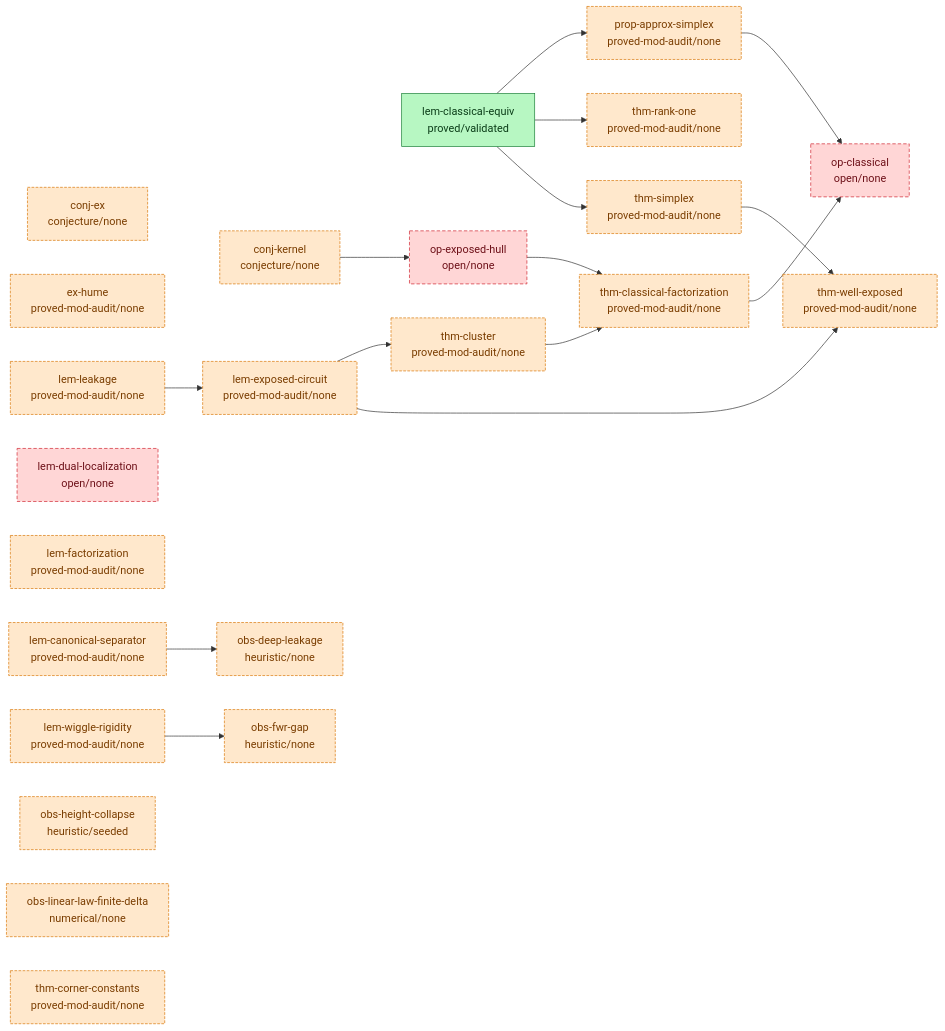
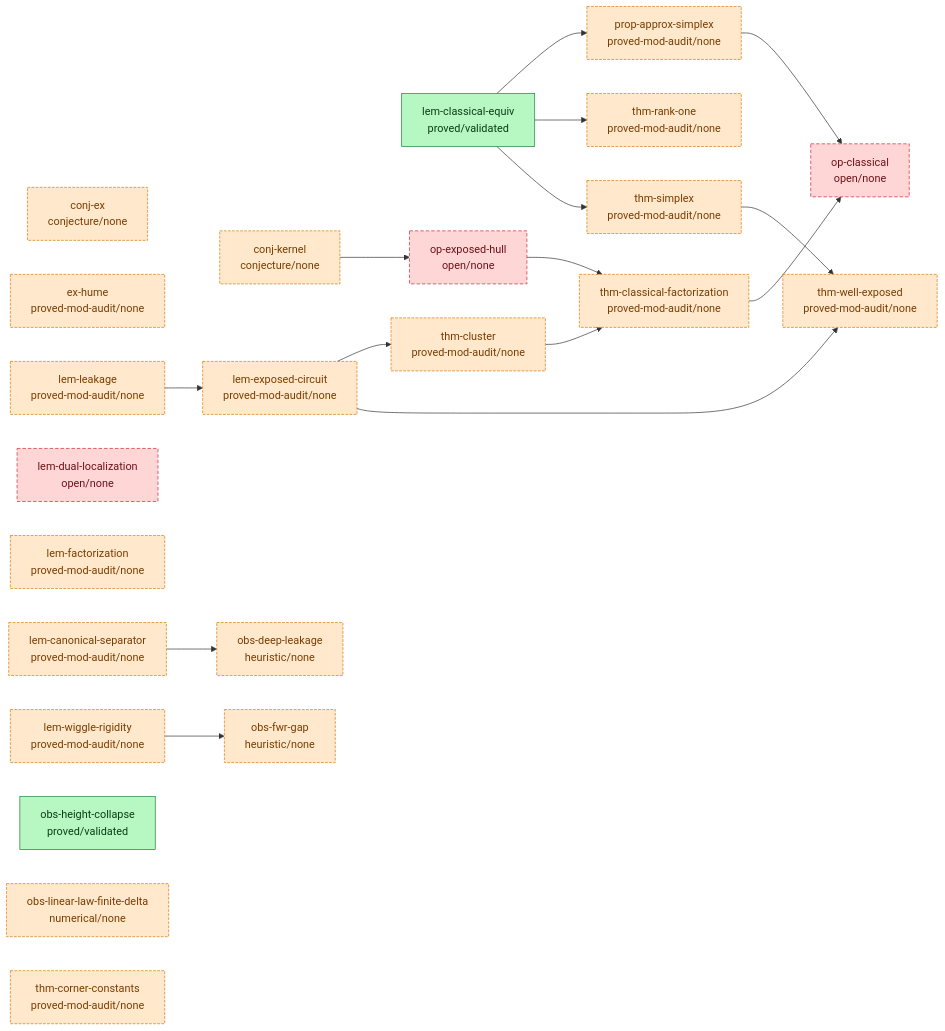
The diagram in argument/DAG.md (tobiasosborne/almost-idempotent-stochastic-maps), drawn with Mermaid before and after one commit. The commit also changed 114 other files, not shown here.

````diff
--- a/argument/DAG.md
+++ b/argument/DAG.md
@@ -6,50 +6,50 @@
 ```mermaid
 graph LR
   classDef validated fill:#b7f7c2,stroke:#1a7f37,color:#0b3d18;
   classDef proved fill:#cfe3ff,stroke:#0969da,color:#0a3069;
   classDef seeded fill:#fff3c4,stroke:#bf8700,color:#5a4500;
   classDef stated fill:#eaecef,stroke:#8b949e,color:#24292f;
   classDef cited fill:#e7d6ff,stroke:#8250df,color:#3b1a73;
   classDef nonrigorous fill:#ffe8cc,stroke:#d97706,color:#7a3d00,stroke-dasharray:4 2;
   classDef open fill:#ffd6d6,stroke:#cf222e,color:#6e1119,stroke-dasharray:5 3;
   conj-ex["conj-ex<br/>conjecture/none"]
   conj-kernel["conj-kernel<br/>conjecture/none"]
   ex-hume["ex-hume<br/>proved-mod-audit/none"]
   lem-canonical-separator["lem-canonical-separator<br/>proved-mod-audit/none"]
   lem-classical-equiv["lem-classical-equiv<br/>proved/validated"]
   lem-dual-localization["lem-dual-localization<br/>open/none"]
   lem-exposed-circuit["lem-exposed-circuit<br/>proved-mod-audit/none"]
   lem-factorization["lem-factorization<br/>proved-mod-audit/none"]
   lem-leakage["lem-leakage<br/>proved-mod-audit/none"]
   lem-wiggle-rigidity["lem-wiggle-rigidity<br/>proved-mod-audit/none"]
   obs-deep-leakage["obs-deep-leakage<br/>heuristic/none"]
   obs-fwr-gap["obs-fwr-gap<br/>heuristic/none"]
-  obs-height-collapse["obs-height-collapse<br/>heuristic/seeded"]
+  obs-height-collapse["obs-height-collapse<br/>proved/validated"]
   obs-linear-law-finite-delta["obs-linear-law-finite-delta<br/>numerical/none"]
   op-classical["op-classical<br/>open/none"]
   op-exposed-hull["op-exposed-hull<br/>open/none"]
   prop-approx-simplex["prop-approx-simplex<br/>proved-mod-audit/none"]
   thm-classical-factorization["thm-classical-factorization<br/>proved-mod-audit/none"]
   thm-cluster["thm-cluster<br/>proved-mod-audit/none"]
   thm-corner-constants["thm-corner-constants<br/>proved-mod-audit/none"]
   thm-rank-one["thm-rank-one<br/>proved-mod-audit/none"]
   thm-simplex["thm-simplex<br/>proved-mod-audit/none"]
   thm-well-exposed["thm-well-exposed<br/>proved-mod-audit/none"]
   conj-kernel --> op-exposed-hull
   lem-canonical-separator --> obs-deep-leakage
   lem-classical-equiv --> prop-approx-simplex
   lem-classical-equiv --> thm-rank-one
   lem-classical-equiv --> thm-simplex
   lem-exposed-circuit --> thm-cluster
   lem-exposed-circuit --> thm-well-exposed
   lem-leakage --> lem-exposed-circuit
   lem-wiggle-rigidity --> obs-fwr-gap
   op-exposed-hull --> thm-classical-factorization
   prop-approx-simplex --> op-classical
   thm-classical-factorization --> op-classical
   thm-cluster --> thm-classical-factorization
   thm-simplex --> thm-well-exposed
-  class lem-classical-equiv validated;
-  class conj-ex,conj-kernel,ex-hume,lem-canonical-separator,lem-exposed-circuit,lem-factorization,lem-leakage,lem-wiggle-rigidity,obs-deep-leakage,obs-fwr-gap,obs-height-collapse,obs-linear-law-finite-delta,prop-approx-simplex,thm-classical-factorization,thm-cluster,thm-corner-constants,thm-rank-one,thm-simplex,thm-well-exposed nonrigorous;
+  class lem-classical-equiv,obs-height-collapse validated;
+  class conj-ex,conj-kernel,ex-hume,lem-canonical-separator,lem-exposed-circuit,lem-factorization,lem-leakage,lem-wiggle-rigidity,obs-deep-leakage,obs-fwr-gap,obs-linear-law-finite-delta,prop-approx-simplex,thm-classical-factorization,thm-cluster,thm-corner-constants,thm-rank-one,thm-simplex,thm-well-exposed nonrigorous;
   class lem-dual-localization,op-classical,op-exposed-hull open;
 ```
````
